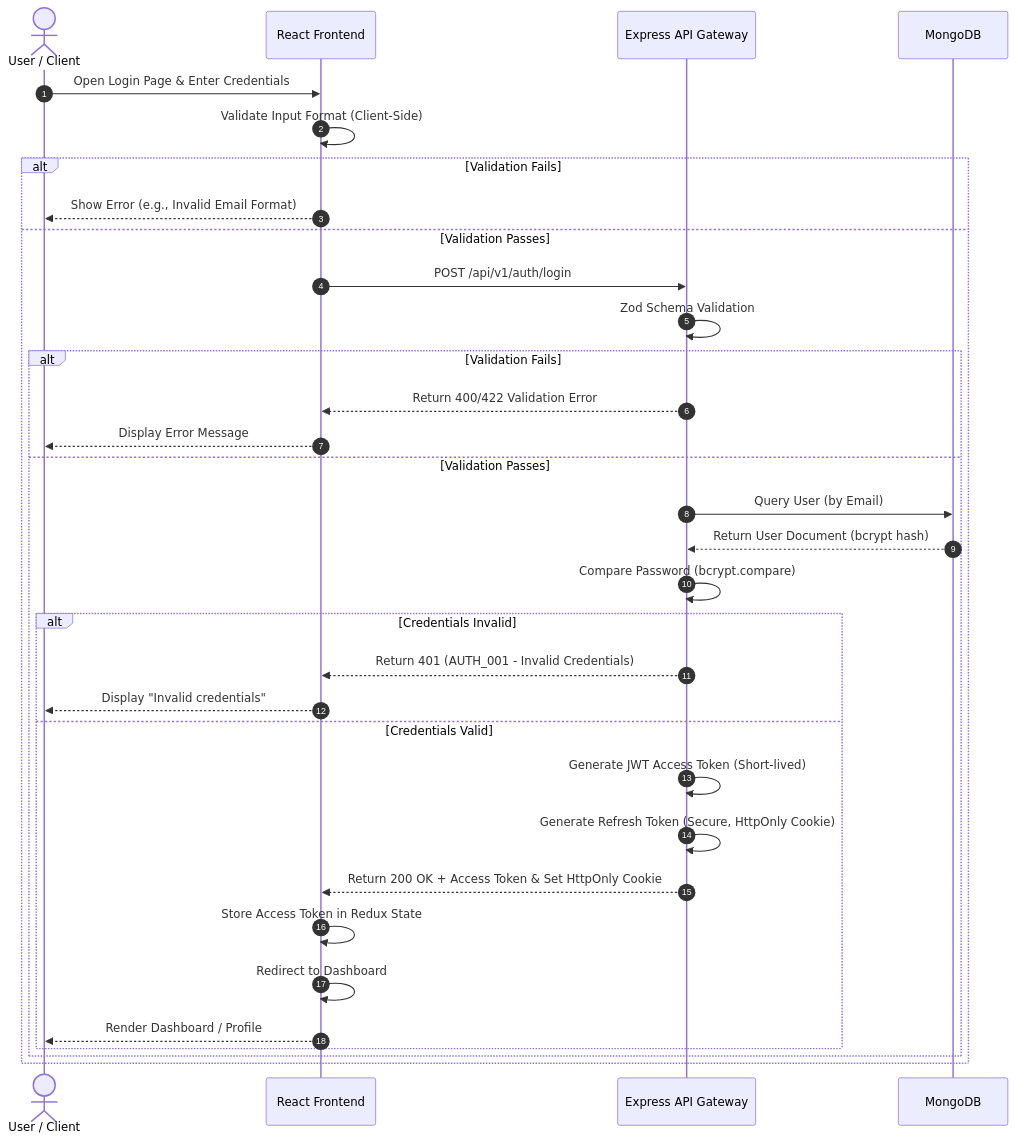
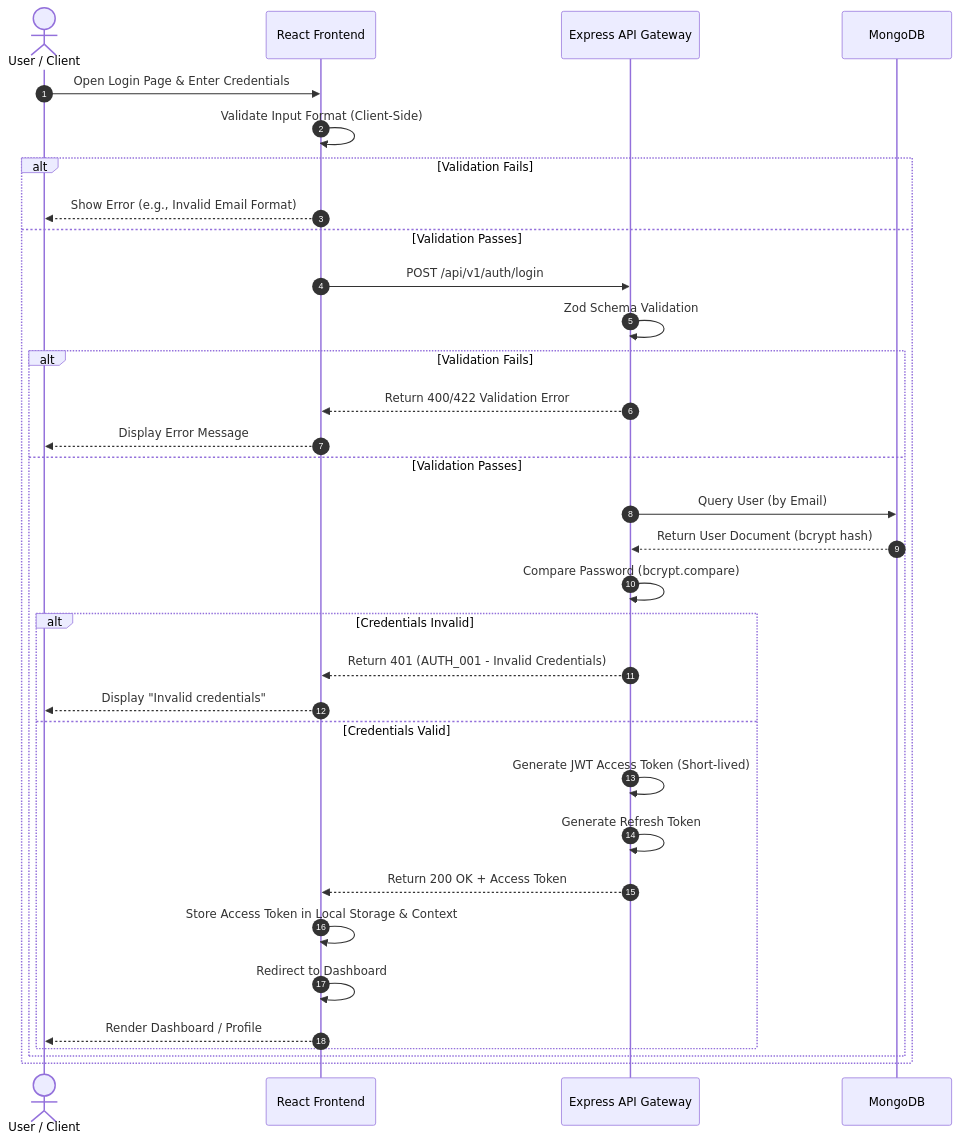
Before and after one commit to ShankarSwarup/cardekho_assignment: the third of 10 diagrams in README.md, drawn with Mermaid. The commit also changed other lines of this file and 63 other files, not shown here.

````diff
--- a/README.md
+++ b/README.md
@@ -81,37 +80,37 @@
 ```mermaid
 sequenceDiagram
     autonumber
     actor User as User / Client
     participant FE as React Frontend
     participant BE as Express API Gateway
     participant DB as MongoDB
     
     User->>FE: Open Login Page & Enter Credentials
     FE->>FE: Validate Input Format (Client-Side)
     
     alt Validation Fails
         FE-->>User: Show Error (e.g., Invalid Email Format)
     else Validation Passes
         FE->>BE: POST /api/v1/auth/login
         BE->>BE: Zod Schema Validation
         alt Validation Fails
             BE-->>FE: Return 400/422 Validation Error
             FE-->>User: Display Error Message
         else Validation Passes
             BE->>DB: Query User (by Email)
             DB-->>BE: Return User Document (bcrypt hash)
             BE->>BE: Compare Password (bcrypt.compare)
             alt Credentials Invalid
                 BE-->>FE: Return 401 (AUTH_001 - Invalid Credentials)
                 FE-->>User: Display "Invalid credentials"
             else Credentials Valid
                 BE->>BE: Generate JWT Access Token (Short-lived)
-                BE->>BE: Generate Refresh Token (Secure, HttpOnly Cookie)
-                BE-->>FE: Return 200 OK + Access Token & Set HttpOnly Cookie
-                FE->>FE: Store Access Token in Redux State
+                BE->>BE: Generate Refresh Token
+                BE-->>FE: Return 200 OK + Access Token
+                FE->>FE: Store Access Token in Local Storage & Context
                 FE->>FE: Redirect to Dashboard
                 FE-->>User: Render Dashboard / Profile
             end
         end
     end
 ```
````
